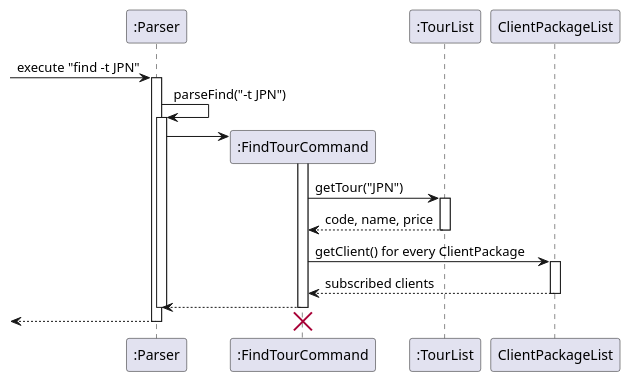
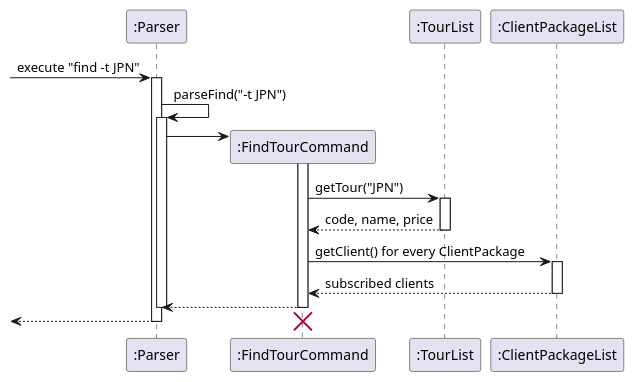
One commit to nus-cs2113-AY2122S1/tp changed the diagram in src/main/java/seedu/uml/FindTourTest.puml. Above: the diagram before and after it, drawn with PlantUML. The commit also changed 4 other files, not shown here.

```diff
--- a/src/main/java/seedu/uml/FindTourTest.puml
+++ b/src/main/java/seedu/uml/FindTourTest.puml
@@ -1,36 +1,36 @@
 @startuml
 
 participant ":Parser" as Parser
 participant ":FindTourCommand" as FTC
 participant ":TourList" as TourList
-participant "ClientPackageList" as ClientPackageList
+participant ":ClientPackageList" as ClientPackageList
 
 
 
 -> Parser: execute "find -t JPN"
 activate Parser
 Parser -> Parser : parseFind("-t JPN")
 activate Parser
 
 create FTC
 Parser -> FTC
 activate FTC
 
 FTC -> TourList : getTour("JPN")
 activate TourList
 TourList --> FTC : code, name, price
 deactivate TourList
 
 FTC -> ClientPackageList : getClient() for every ClientPackage
 activate ClientPackageList
 ClientPackageList --> FTC : subscribed clients
 deactivate ClientPackageList
 
 FTC --> Parser
 deactivate Parser
 deactivate FTC
 <-- Parser
 deactivate Parser
 destroy FTC
 
 @enduml
```
